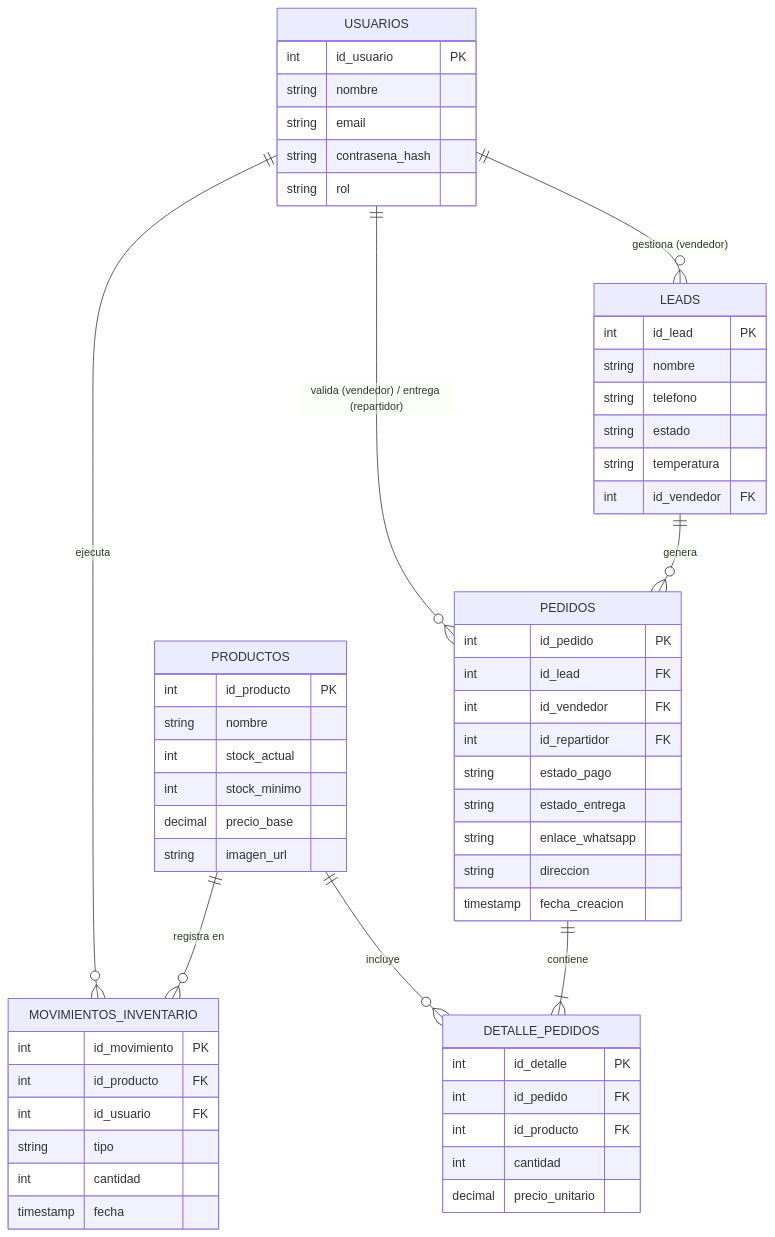
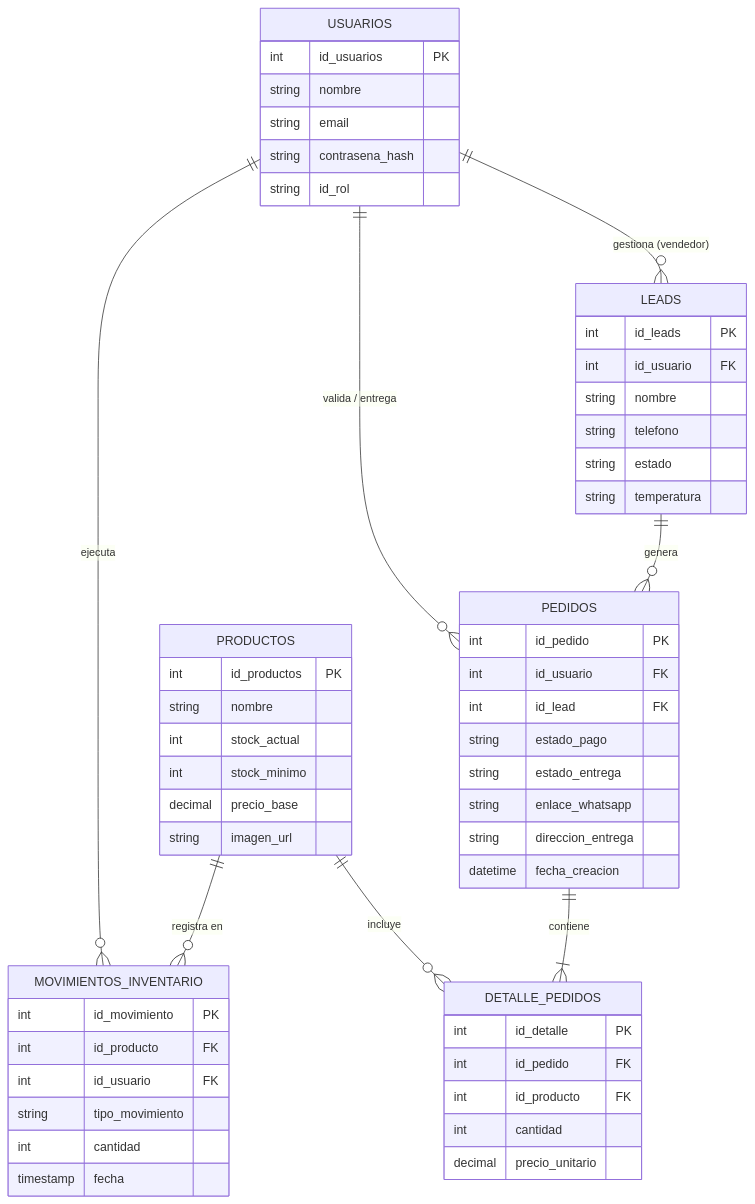
Before and after one commit to Jesusdanielseg/Etherware: the diagram in docs/06-database/diagrams/01-er-model.md, drawn with Mermaid. The commit also changed 4 other files, not shown here.

````diff
--- a/docs/06-database/diagrams/01-er-model.md
+++ b/docs/06-database/diagrams/01-er-model.md
@@ -13,70 +13,69 @@
 ```mermaid
 erDiagram
     USUARIOS {
-        int id_usuario PK
+        int id_usuarios PK
         string nombre
         string email
         string contrasena_hash
-        string rol
+        string id_rol
     }
-
+  
     PRODUCTOS {
-        int id_producto PK
+        int id_productos PK
         string nombre
         int stock_actual
         int stock_minimo
         decimal precio_base
         string imagen_url
     }
-
+  
     MOVIMIENTOS_INVENTARIO {
         int id_movimiento PK
         int id_producto FK
         int id_usuario FK
-        string tipo
+        string tipo_movimiento
         int cantidad
         timestamp fecha
     }
-
+  
     LEADS {
-        int id_lead PK
+        int id_leads PK
+        int id_usuario FK
         string nombre
         string telefono
         string estado
         string temperatura
-        int id_vendedor FK
     }
-
+  
     PEDIDOS {
         int id_pedido PK
+        int id_usuario FK
         int id_lead FK
-        int id_vendedor FK
-        int id_repartidor FK
         string estado_pago
         string estado_entrega
         string enlace_whatsapp
-        string direccion
-        timestamp fecha_creacion
+        string direccion_entrega
+        datetime fecha_creacion
     }
-
+  
     DETALLE_PEDIDOS {
         int id_detalle PK
         int id_pedido FK
         int id_producto FK
         int cantidad
         decimal precio_unitario
     }
 
     %% Relaciones de Inventario
     PRODUCTOS ||--o{ MOVIMIENTOS_INVENTARIO : "registra en"
     USUARIOS ||--o{ MOVIMIENTOS_INVENTARIO : "ejecuta"
-
+  
     %% Relaciones de CRM y Ventas
     USUARIOS ||--o{ LEADS : "gestiona (vendedor)"
     LEADS ||--o{ PEDIDOS : "genera"
-    USUARIOS ||--o{ PEDIDOS : "valida (vendedor) / entrega (repartidor)"
-
+    USUARIOS ||--o{ PEDIDOS : "valida / entrega"
+  
     %% Relaciones del Carrito
     PEDIDOS ||--|{ DETALLE_PEDIDOS : "contiene"
     PRODUCTOS ||--o{ DETALLE_PEDIDOS : "incluye"
 ```
````
